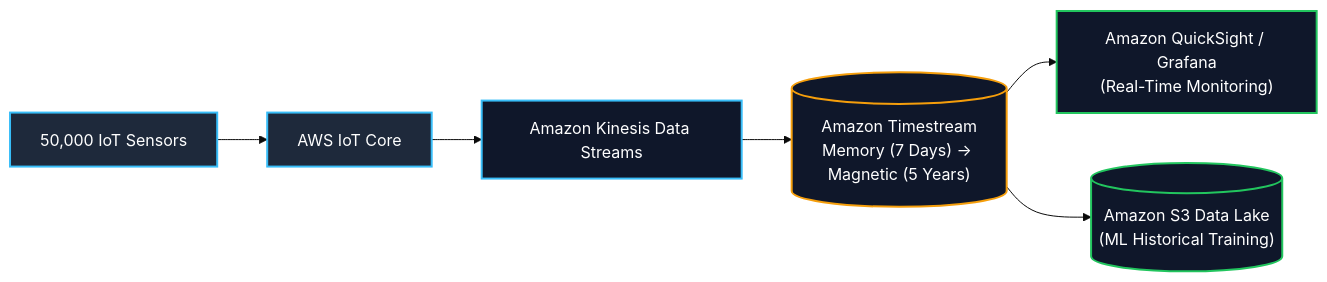
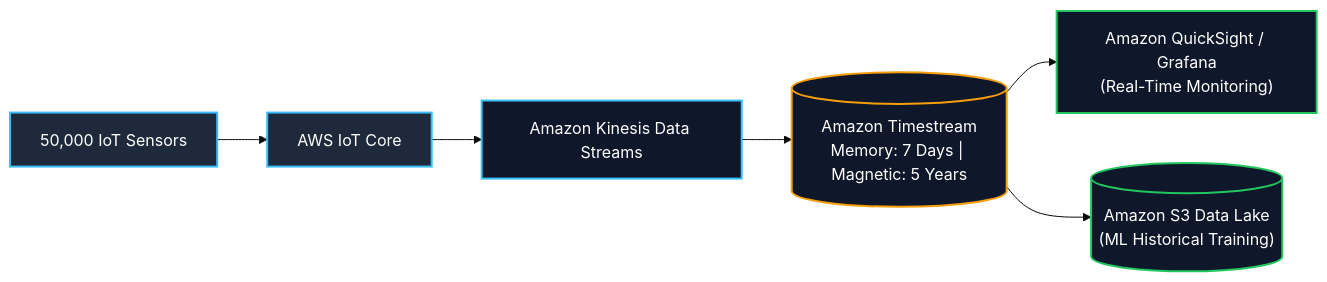
Before and after one commit to Wathon/aws-dea-c01-note: the sixth of 6 diagrams in content/02-services/database/nosql-specialized-databases.md, drawn with Mermaid (base theme). The commit also changed other lines of this file and 5 other files, not shown here.

Commit message:
fix(mermaid): resolve reserved keyword classDef and subgraph edge endpoint parse errors

````diff
--- a/content/02-services/database/nosql-specialized-databases.md
+++ b/content/02-services/database/nosql-specialized-databases.md
@@ -308,18 +316,18 @@
 ```mermaid
 graph LR
     Sensors["50,000 IoT Sensors"] --> IoTCore["AWS IoT Core"]
     IoTCore --> Kinesis["Amazon Kinesis Data Streams"]
-    Kinesis --> Timestream[("Amazon Timestream<br/>Memory (7 Days) -> Magnetic (5 Years)")]
+    Kinesis --> Timestream[("Amazon Timestream<br/>Memory: 7 Days | Magnetic: 5 Years")]
     Timestream --> QuickSight["Amazon QuickSight / Grafana<br/>(Real-Time Monitoring)"]
     Timestream --> S3Lake[("Amazon S3 Data Lake<br/>(ML Historical Training)")]
 
     classDef source fill:#1e293b,stroke:#38bdf8,stroke-width:2px,color:#fff;
     classDef pipe fill:#0f172a,stroke:#38bdf8,stroke-width:2px,color:#fff;
     classDef store fill:#0f172a,stroke:#f59e0b,stroke-width:2px,color:#fff;
     classDef out fill:#0f172a,stroke:#22c55e,stroke-width:2px,color:#fff;
 
     class Sensors,IoTCore source;
     class Kinesis pipe;
     class Timestream store;
     class QuickSight,S3Lake out;
 ```
````
